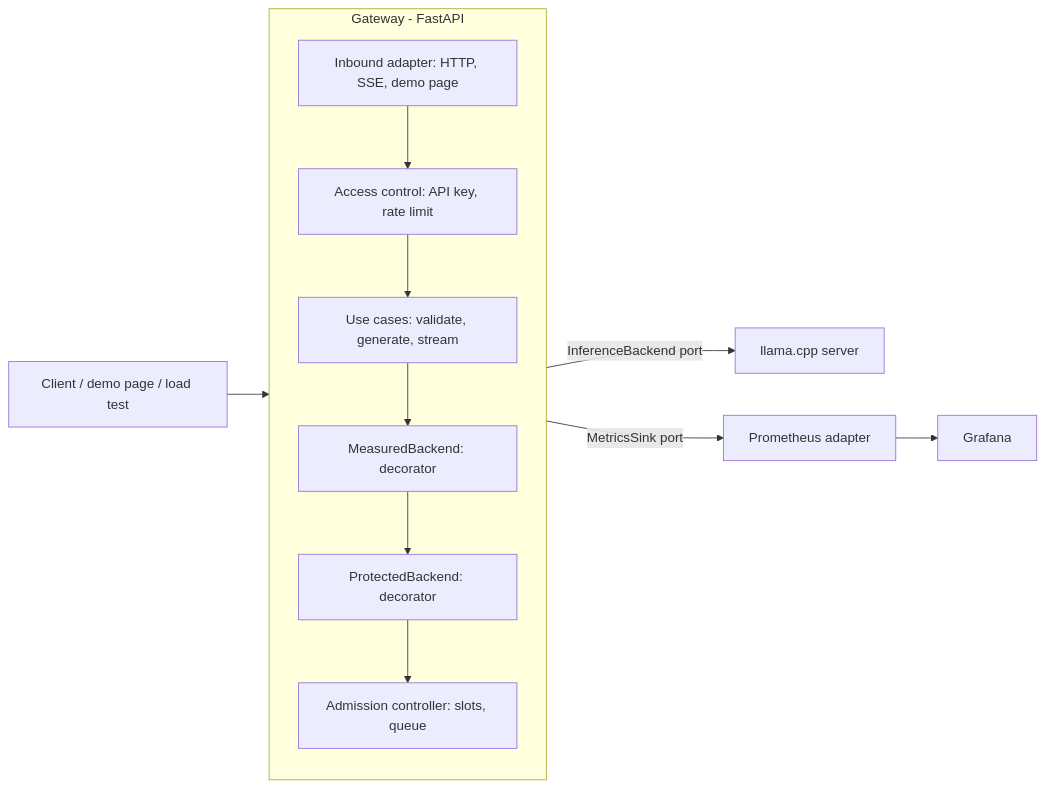
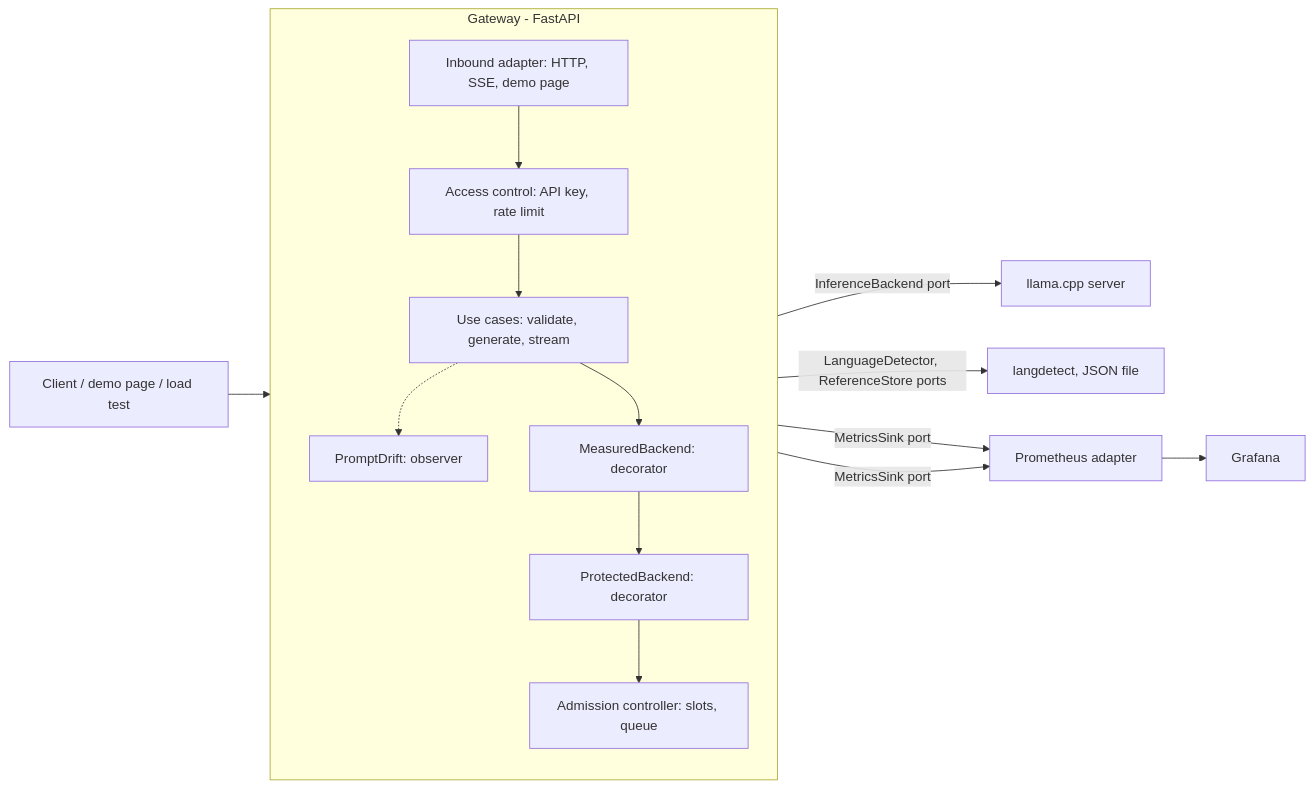
One commit to Juanangara/tokenscope changed the diagram in docs/architecture.md. Above: the diagram before and after it, drawn with Mermaid. The commit also changed other lines of this file and 29 other files, not shown here.

First line of the commit message:
Phase 10: prompt drift detection (length and language, PSI) with alert and dashboard

````diff
--- a/docs/architecture.md
+++ b/docs/architecture.md
@@ -5,15 +5,18 @@
 ```mermaid
 flowchart LR
     C[Client / demo page / load test] --> IN
     subgraph G[Gateway - FastAPI]
         direction TB
         IN[Inbound adapter: HTTP, SSE, demo page] --> AC[Access control: API key, rate limit]
         AC --> UC[Use cases: validate, generate, stream]
+        UC -.-> PD[PromptDrift: observer]
         UC --> M[MeasuredBackend: decorator]
         M --> P[ProtectedBackend: decorator]
         P --> AD[Admission controller: slots, queue]
     end
     P -->|InferenceBackend port| E[llama.cpp server]
+    PD -->|LanguageDetector, ReferenceStore ports| X[langdetect, JSON file]
+    PD -->|MetricsSink port| PR
     M -->|MetricsSink port| PR[Prometheus adapter]
     PR --> GR[Grafana]
 ```
````
